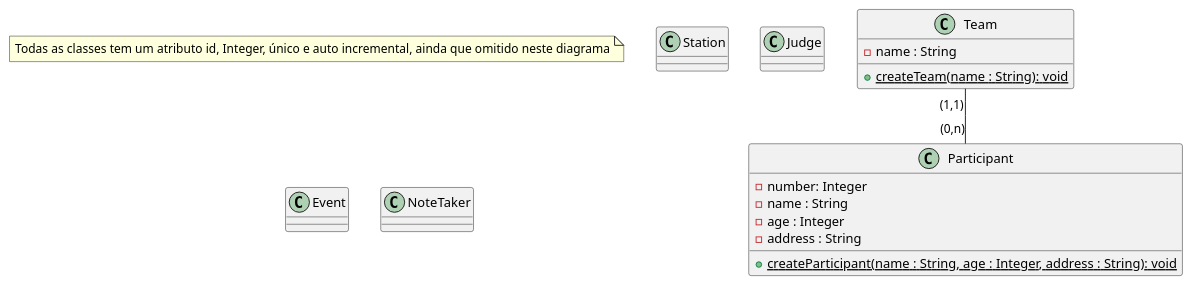
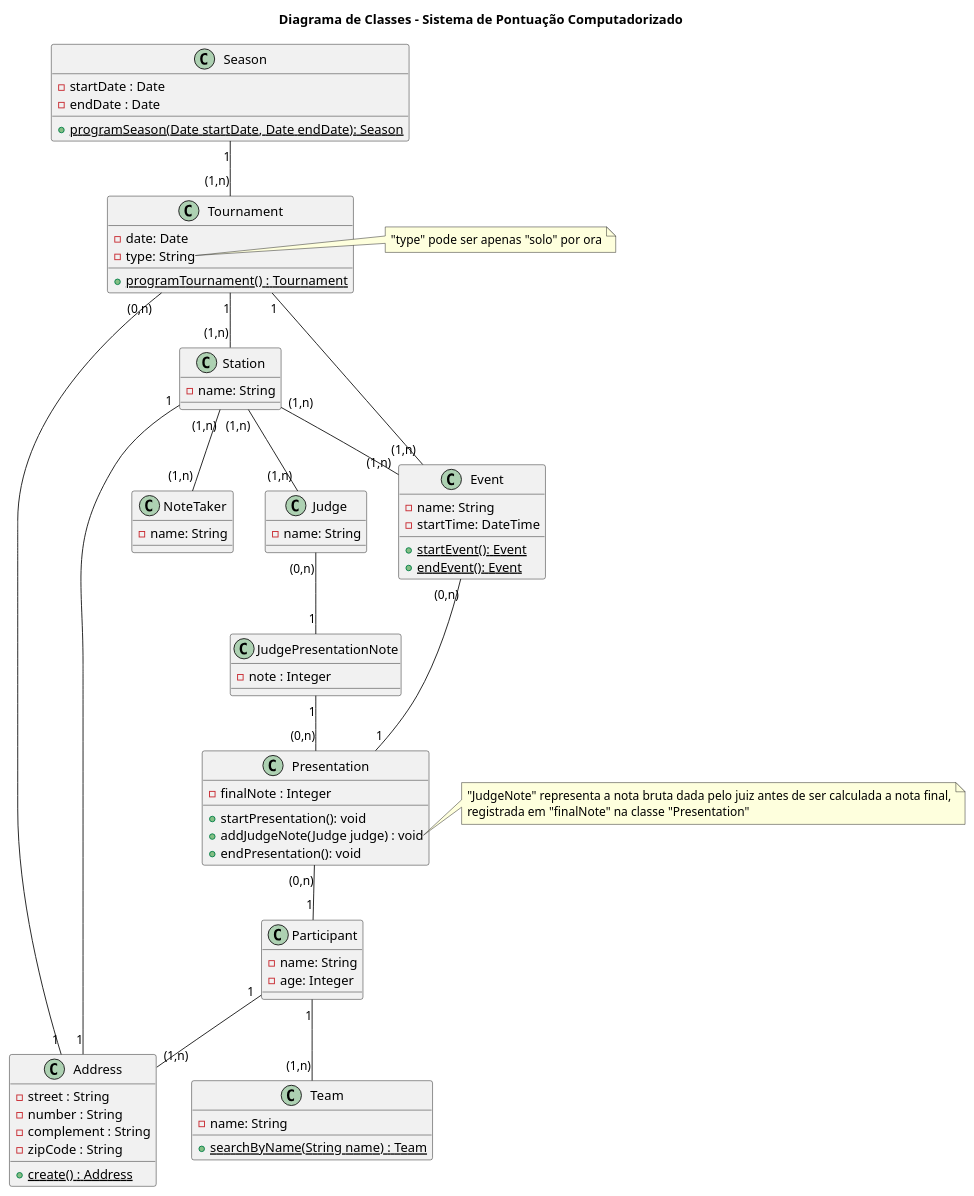
The diagram in sist-pontuacao-computadorizado/class-diagram.puml (brunobmello25/projeto-de-software-individual), drawn with PlantUML before and after one commit. The commit also changed other lines of this file, not shown here.

Commit message:
diagrama de classes sistema de pontuacao

```diff
--- a/sist-pontuacao-computadorizado/class-diagram.puml
+++ b/sist-pontuacao-computadorizado/class-diagram.puml
@@ -1,34 +1,108 @@
 @startuml
 
-note "Todas as classes tem um atributo id, Integer, único e auto incremental, ainda que omitido neste diagrama" as N1
+title Diagrama de Classes - Sistema de Pontuação Computadorizado
+
+class Address {
+  - street : String
+  - number : String
+  - complement : String
+  - zipCode : String
+
+  {static} + create() : Address
+}
+
+class Season {
+  - startDate : Date
+  - endDate : Date
+
+  + {static} programSeason(Date startDate, Date endDate): Season
+}
+
+class Station {
+  - name: String
+}
+
+class Tournament {
+  - date: Date
+  - type: String
+  
+  + {static} programTournament() : Tournament
+}
+
+note right of Tournament::type
+  "type" pode ser apenas "solo" por ora
+end note
+
+class NoteTaker {
+  - name: String
+}
+
+class Event {
+  - name: String
+  - startTime: DateTime
+
+  + {static} startEvent(): Event
+  + {static} endEvent(): Event
+}
+
+class Presentation {
+  - finalNote : Integer
+
+  + startPresentation(): void
+  + addJudgeNote(Judge judge) : void
+  + endPresentation(): void
+}
+
+note right of Presentation::addJudgeNote
+  "JudgeNote" representa a nota bruta dada pelo juiz antes de ser calculada a nota final,
+  registrada em "finalNote" na classe "Presentation"
+end note
 
 class Participant {
-  - number: Integer
-  - name : String
-  - age : Integer
-  - address : String
+  - name: String
+  - age: Integer
+}
 
-  {static} + createParticipant(name : String, age : Integer, address : String): void
+class Judge {
+  - name: String
+}
+
+class JudgePresentationNote {
+  - note : Integer
 }
 
 class Team {
-  - name : String
+  - name: String
 
-  {static} + createTeam(name : String): void
+  + {static} searchByName(String name) : Team
 }
 
-class Station {
+Address "1" -- "(0,n)" Tournament
 
-}
+Season "1" -- "(1,n)" Tournament
 
-class Judge {
-   
-}
+Address "1" -- "1" Station
 
-class Event {}
+Tournament "1" -- "(1,n)" Station
 
-class NoteTaker {}
+Tournament "1" -- "(1,n)" Event
 
-Team "(1,1)" -- "(0,n)" Participant
+Station "(1,n)" -- "(1,n)" NoteTaker
+
+Station "(1,n)" -- "(1,n)" Event
+
+Station "(1,n)" -- "(1,n)" Judge
+
+Event "(0,n)" -- "1" Presentation
+
+Judge "(0,n)" -- "1" JudgePresentationNote
+
+JudgePresentationNote "1" -- "(0,n)" Presentation
+
+Presentation "(0,n)" -- "1" Participant
+
+Participant "1" -- "(1,n)" Team
+
+Participant "1" -- "(1,n)" Address
 
 @enduml
```
